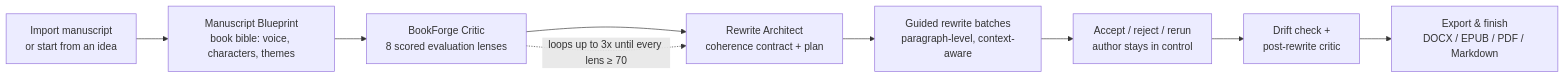
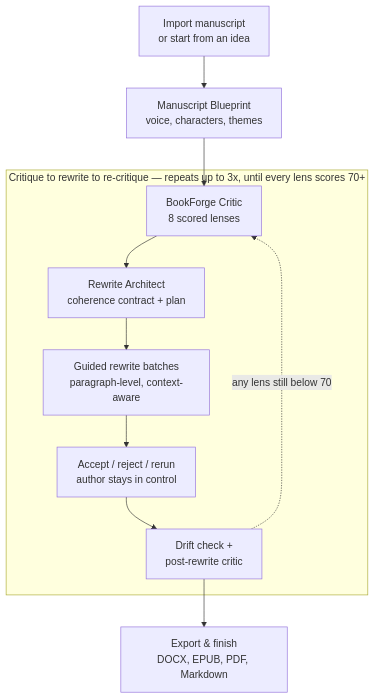
Before and after one commit to ricardojjulia/BookForge: the first of 3 diagrams in README.md, drawn with Mermaid. The commit also changed other lines of this file and 23 other files, not shown here.

````diff
--- a/README.md
+++ b/README.md
@@ -30,11 +31,15 @@
 ```mermaid
-flowchart LR
-    A[Import manuscript<br/>or start from an idea] --> B[Manuscript Blueprint<br/>book bible: voice, characters, themes]
-    B --> C[BookForge Critic<br/>8 scored evaluation lenses]
-    C --> D[Rewrite Architect<br/>coherence contract + plan]
-    D --> E[Guided rewrite batches<br/>paragraph-level, context-aware]
-    E --> F[Accept / reject / rerun<br/>author stays in control]
-    F --> G[Drift check +<br/>post-rewrite critic]
-    G --> H[Export & finish<br/>DOCX / EPUB / PDF / Markdown]
-    C -.loops up to 3x until every lens ≥ 70.-> D
+flowchart TB
+    A[Import manuscript<br/>or start from an idea] --> B[Manuscript Blueprint<br/>voice, characters, themes]
+    B --> C
+
+    subgraph Loop["Critique to rewrite to re-critique — repeats up to 3x, until every lens scores 70+"]
+        C[BookForge Critic<br/>8 scored lenses] --> D[Rewrite Architect<br/>coherence contract + plan]
+        D --> E[Guided rewrite batches<br/>paragraph-level, context-aware]
+        E --> F[Accept / reject / rerun<br/>author stays in control]
+        F --> G[Drift check +<br/>post-rewrite critic]
+        G -. any lens still below 70 .-> C
+    end
+
+    G --> H[Export & finish<br/>DOCX, EPUB, PDF, Markdown]
 ```
````
